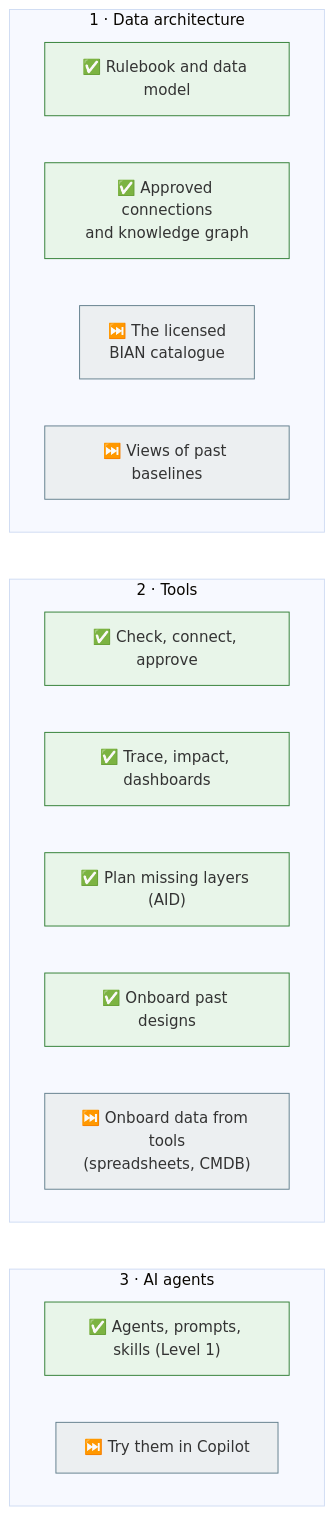
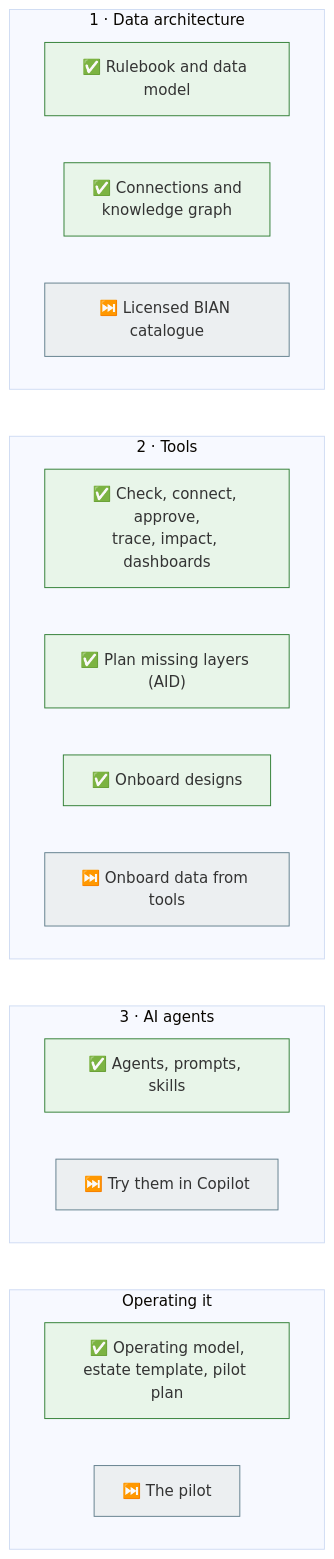
The eighth of 9 diagrams in README.md (taumoeps/bian-sdem-framework), drawn with Mermaid (base theme) before and after one commit. The commit also changed other lines of this file and 26 other files, not shown here.

````diff
--- a/README.md
+++ b/README.md
@@ -239,28 +153,31 @@
 ```mermaid
 flowchart TB
     subgraph B1["1 · Data architecture"]
         direction LR
         d1["✅ Rulebook and data model"]
-        d2["✅ Approved connections<br/>and knowledge graph"]
-        d3["⏭️ The licensed<br/>BIAN catalogue"]
-        d4["⏭️ Views of past baselines"]
+        d2["✅ Connections and<br/>knowledge graph"]
+        d3["⏭️ Licensed BIAN catalogue"]
     end
     subgraph B2["2 · Tools"]
         direction LR
-        t1["✅ Check, connect, approve"]
-        t2["✅ Trace, impact, dashboards"]
-        t3["✅ Plan missing layers (AID)"]
-        t4["✅ Onboard past designs"]
-        t5["⏭️ Onboard data from tools<br/>(spreadsheets, CMDB)"]
+        t1["✅ Check, connect, approve,<br/>trace, impact, dashboards"]
+        t2["✅ Plan missing layers (AID)"]
+        t3["✅ Onboard designs"]
+        t4["⏭️ Onboard data from tools"]
     end
     subgraph B3["3 · AI agents"]
         direction LR
-        a1["✅ Agents, prompts, skills (Level 1)"]
+        a1["✅ Agents, prompts, skills"]
         a2["⏭️ Try them in Copilot"]
     end
-    B1 ~~~ B2 ~~~ B3
+    subgraph B4["Operating it"]
+        direction LR
+        o1["✅ Operating model,<br/>estate template, pilot plan"]
+        o2["⏭️ The pilot"]
+    end
+    B1 ~~~ B2 ~~~ B3 ~~~ B4
     classDef b fill:#E8F5E9,stroke:#2E7D32
     classDef n fill:#ECEFF1,stroke:#607D8B
-    class d1,d2,t1,t2,t3,t4,a1 b
-    class d3,d4,t5,a2 n
+    class d1,d2,t1,t2,t3,a1,o1 b
+    class d3,t4,a2,o2 n
 ```
````
